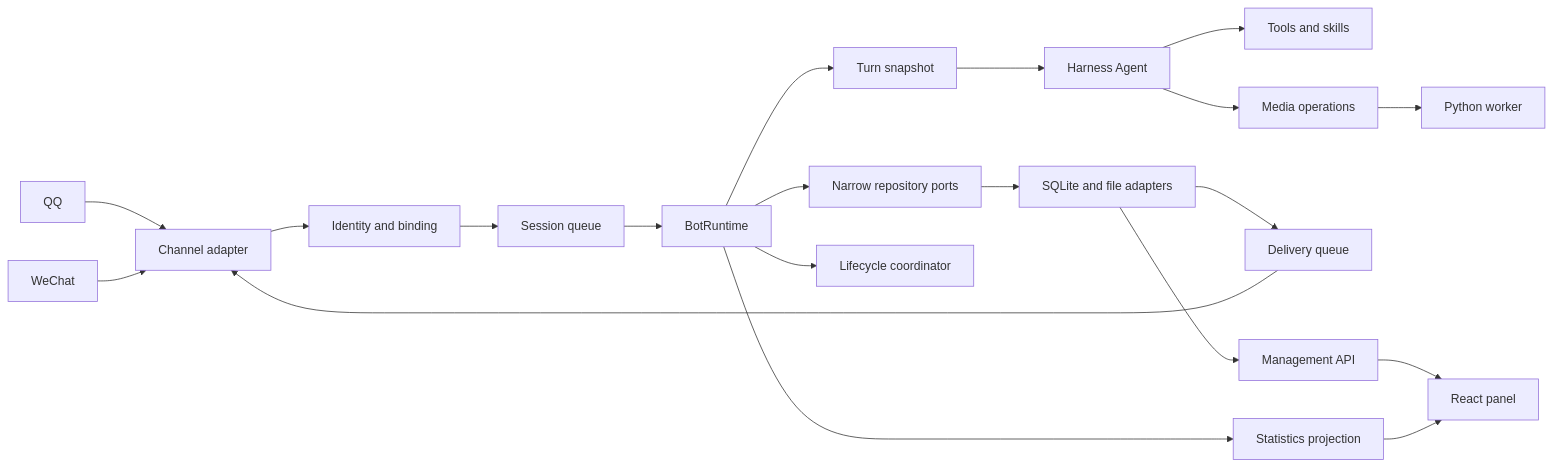
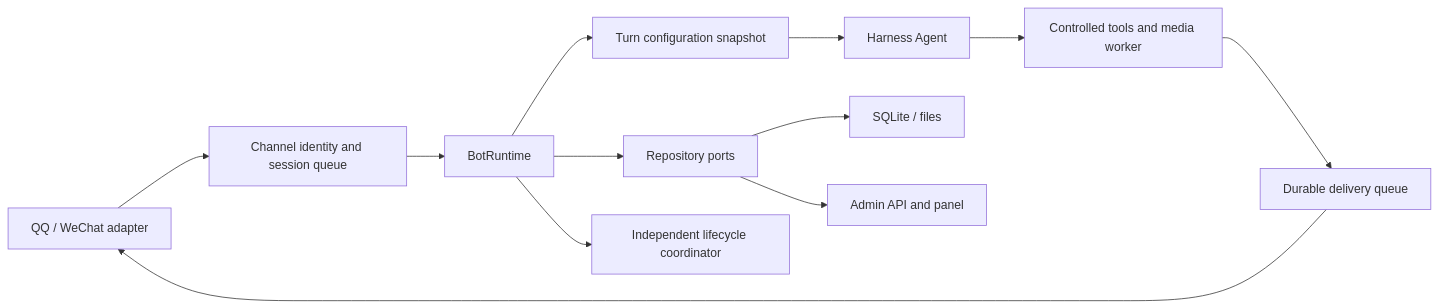
The diagram in docs/en/architecture.md (Helloworld2345567/dsh-plugin-integration-qq-wechat-bot), drawn with Mermaid before and after one commit. The commit also changed other lines of this file and 45 other files, not shown here.

````diff
--- a/docs/en/architecture.md
+++ b/docs/en/architecture.md
@@ -11,22 +9,14 @@
 ```mermaid
 flowchart LR
-  QQ[QQ] --> Channel[Channel adapter]
-  WX[WeChat] --> Channel
-  Channel --> Identity[Identity and binding]
-  Identity --> Queue[Session queue]
-  Queue --> Runtime[BotRuntime]
-  Runtime --> Snapshot[Turn snapshot]
+  Channel[QQ / WeChat adapter] --> Identity[Channel identity and session queue]
+  Identity --> Runtime[BotRuntime]
+  Runtime --> Snapshot[Turn configuration snapshot]
   Snapshot --> Harness[Harness Agent]
-  Harness --> Tools[Tools and skills]
-  Harness --> Media[Media operations]
-  Media --> Worker[Python worker]
-  Runtime --> Repos[Narrow repository ports]
-  Repos --> SQLite[SQLite and file adapters]
-  SQLite --> Delivery[Delivery queue]
+  Harness --> Tools[Controlled tools and media worker]
+  Runtime --> Repos[Repository ports]
+  Repos --> Storage[SQLite / files]
+  Tools --> Delivery[Durable delivery queue]
   Delivery --> Channel
-  SQLite --> Admin[Management API]
-  Admin --> Panel[React panel]
-  Runtime --> Stats[Statistics projection]
-  Stats --> Panel
-  Runtime --> Lifecycle[Lifecycle coordinator]
+  Repos --> Admin[Admin API and panel]
+  Runtime --> Lifecycle[Independent lifecycle coordinator]
 ```
````
